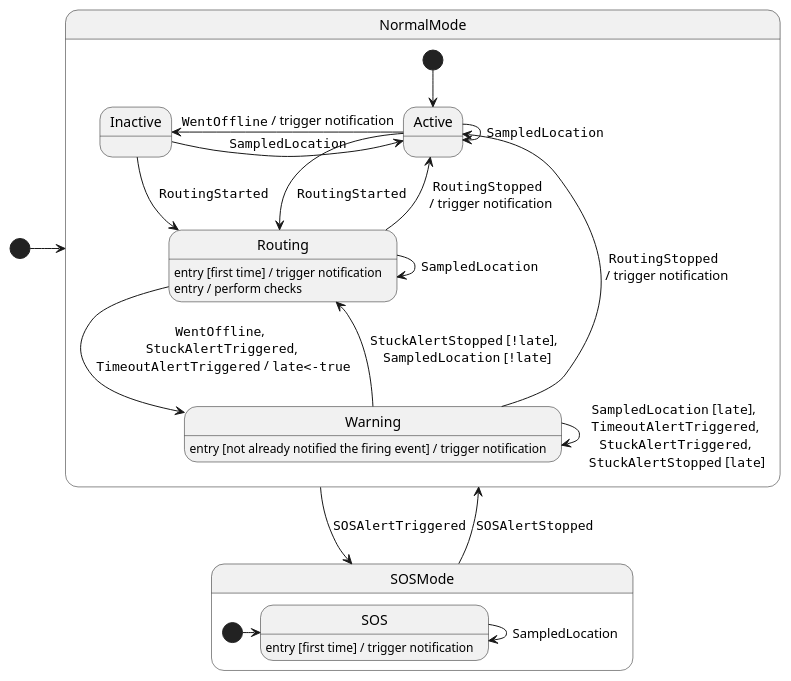
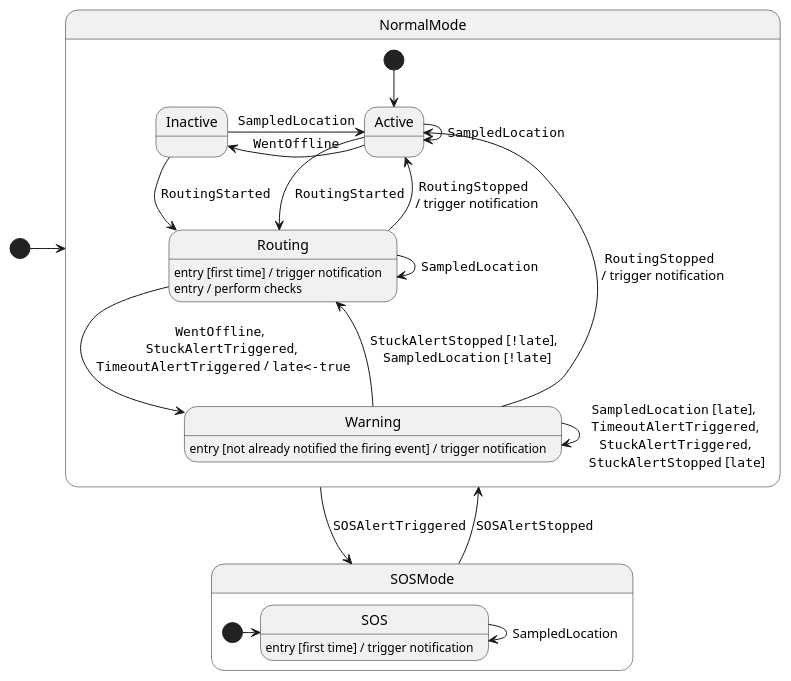
One commit to position-pal/Documentation changed the fourth of 4 diagrams in content/docs/4-detailed-design/2-location-service.md. Above: the diagram before and after it, drawn with PlantUML. The commit also changed 1 other file, not shown here.

Commit message:
more on shared kernel

````diff
--- a/content/docs/4-detailed-design/2-location-service.md
+++ b/content/docs/4-detailed-design/2-location-service.md
@@ -356,37 +356,37 @@
 ```plantuml
 @startuml userstate-behavior
 
 [*] -> NormalMode
 
 state NormalMode {
     [*] --> Active
     Active --> Active : ""SampledLocation""
 
-    Active -left-> Inactive : ""WentOffline"" / trigger notification
+    Active -left-> Inactive : ""WentOffline""
     Inactive -right-> Active : ""SampledLocation""
 
     Routing : entry [first time] / trigger notification
     Routing : entry / perform checks 
     Active -down-> Routing : ""RoutingStarted""
     Routing -up-> Active : ""RoutingStopped"" \n / trigger notification
     Inactive --> Routing : ""RoutingStarted""
     Routing -> Routing : ""SampledLocation""
 
     Warning : entry [not already notified the firing event] / trigger notification
     Routing --> Warning : ""WentOffline"", \n ""StuckAlertTriggered"", \n ""TimeoutAlertTriggered"" / ""late<-true""
     Warning -up-> Routing : ""StuckAlertStopped"" [""!late""], \n ""SampledLocation"" [""!late""]
     Warning -up-> Active : ""RoutingStopped"" \n / trigger notification 
     Warning -> Warning : ""SampledLocation"" [""late""], \n ""TimeoutAlertTriggered"", \n ""StuckAlertTriggered"", \n ""StuckAlertStopped"" [""late""]
 }
 
 state SOSMode {
     [*] -> SOS
     SOS : entry [first time] / trigger notification
     SOS --> SOS : SampledLocation
 }
 
 NormalMode --> SOSMode : ""SOSAlertTriggered""
 SOSMode --> NormalMode : ""SOSAlertStopped""
 
 @enduml
 ```
````
